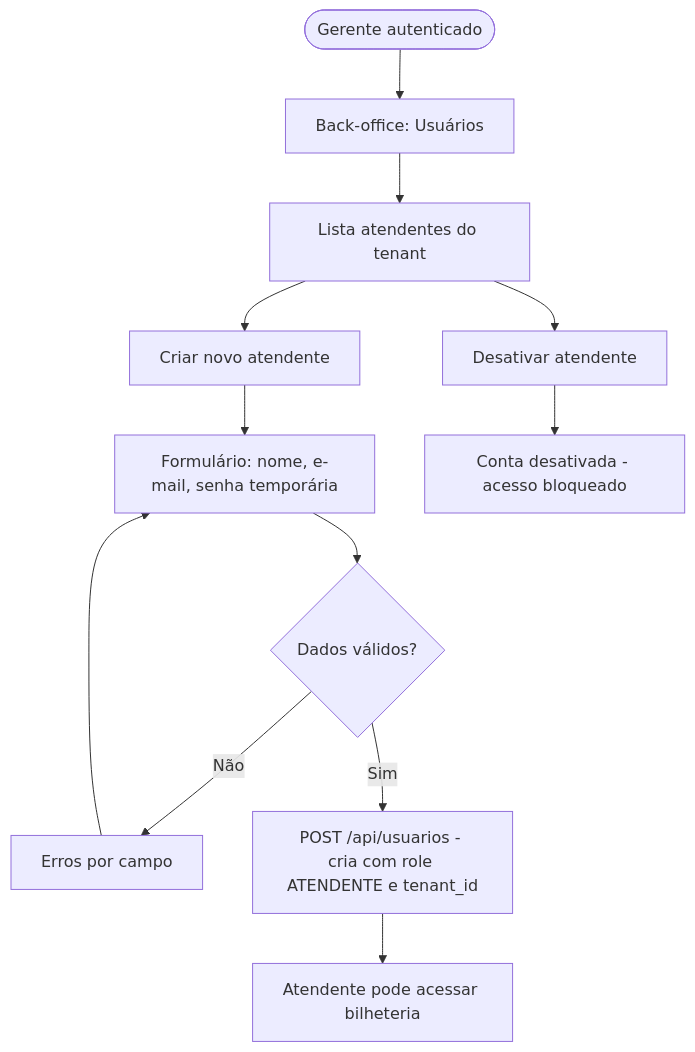
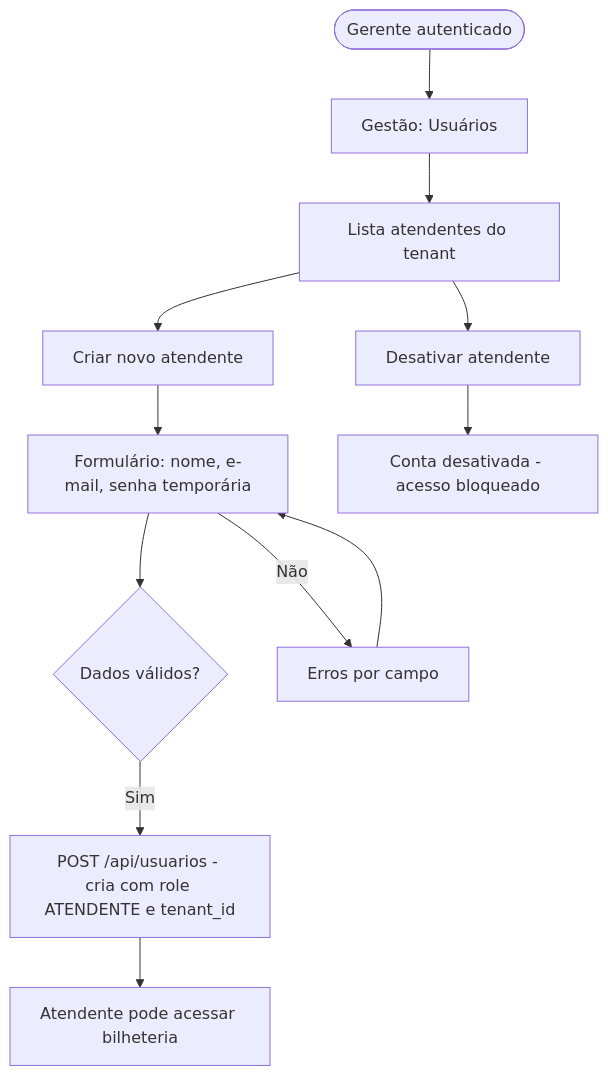
One commit to CINESOFT-SOLUTIONS/manual-processos-software changed the ninth of 11 diagrams in specs/architecture/ux-design.md. Above: the diagram before and after it, drawn with Mermaid. The commit also changed other lines of this file and 16 other files, not shown here.

````diff
--- a/specs/architecture/ux-design.md
+++ b/specs/architecture/ux-design.md
@@ -174,14 +174,14 @@
 ```mermaid
 flowchart TD
-    A([Gerente autenticado]) --> B[Back-office: Usuários]
+    A([Gerente autenticado]) --> B[Gestão: Usuários]
     B --> C[Lista atendentes do tenant]
     C --> D[Criar novo atendente]
     D --> E[Formulário: nome, e-mail, senha temporária]
     E --> F{Dados válidos?}
-    F -- Não --> G[Erros por campo]
+    E -- Não --> G[Erros por campo]
     G --> E
     F -- Sim --> H[POST /api/usuarios - cria com role ATENDENTE e tenant_id]
     H --> I[Atendente pode acessar bilheteria]
     C --> J[Desativar atendente]
     J --> K[Conta desativada - acesso bloqueado]
 ```
````
